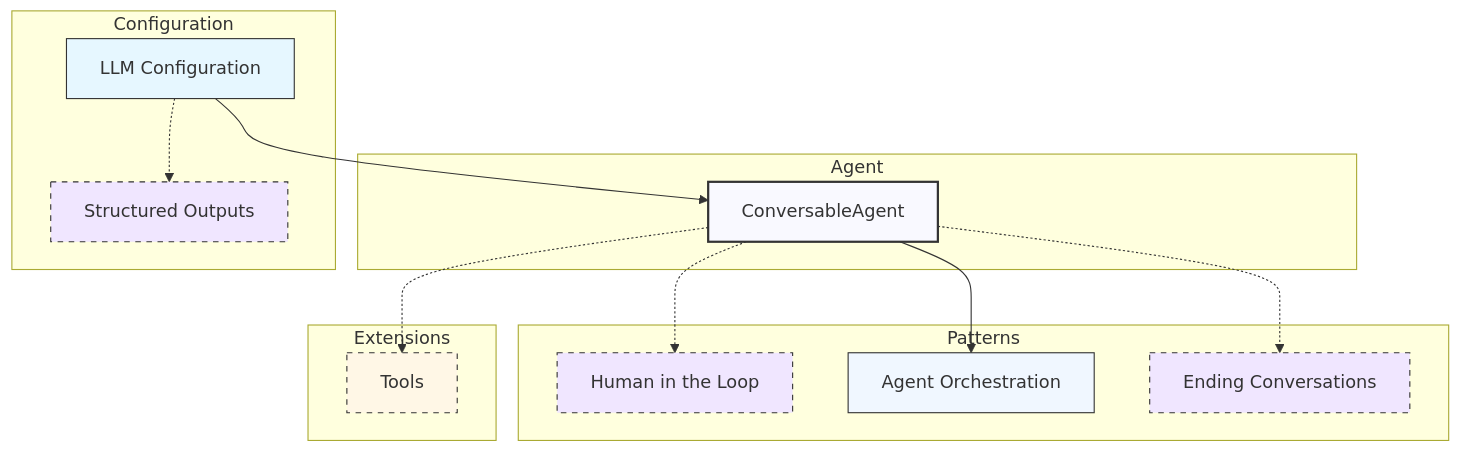
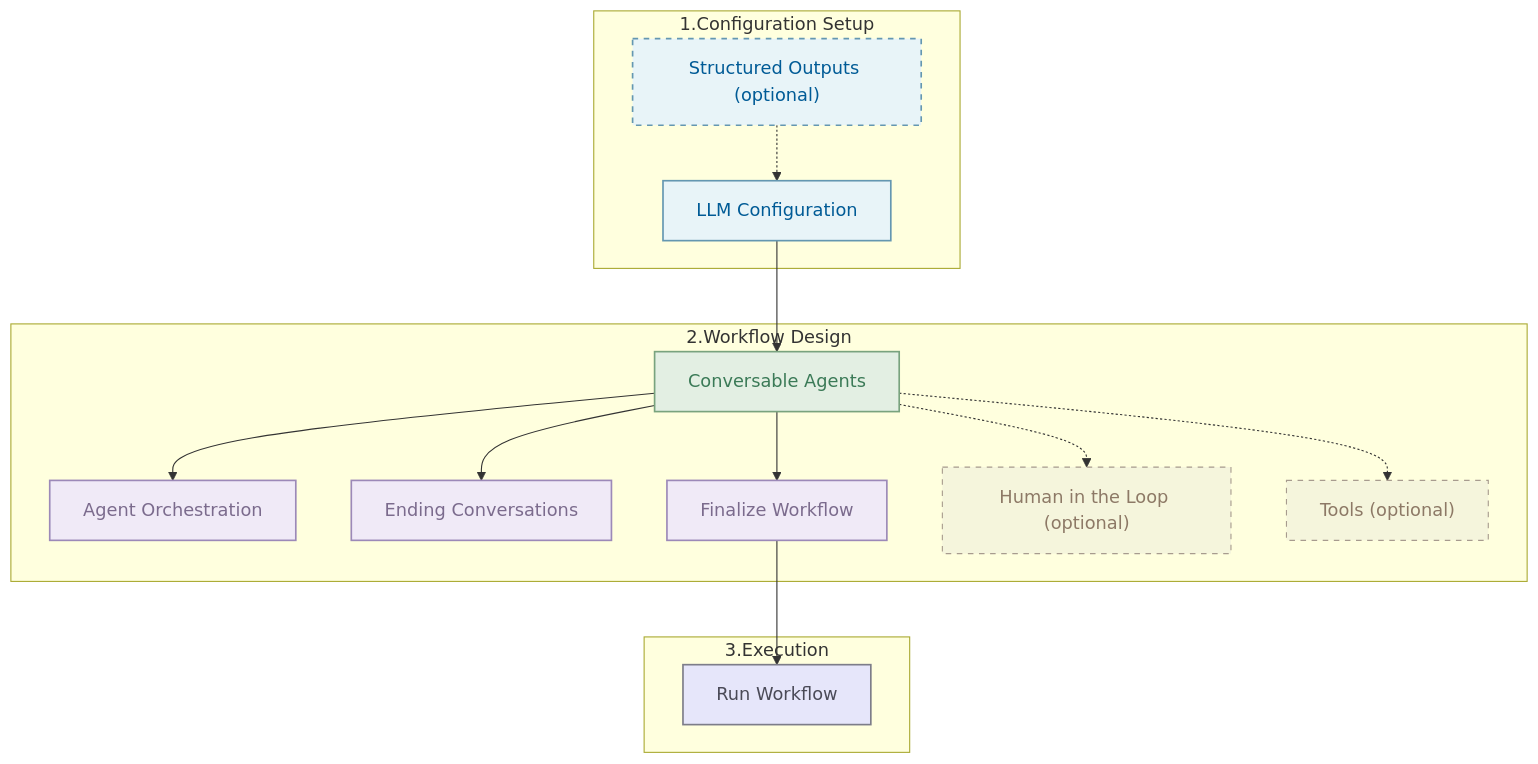
Before and after one commit to ag2ai/ag2: the diagram in website/docs/user-guide/basic-concepts/overview.mdx, drawn with Mermaid. The commit also changed other lines of this file and 4 other files, not shown here.

````diff
--- a/website/docs/user-guide/basic-concepts/overview.mdx
+++ b/website/docs/user-guide/basic-concepts/overview.mdx
@@ -106,40 +116,49 @@
 ``` mermaid
 flowchart TD
-    classDef agent fill:#f9f9ff,stroke:#333,stroke-width:2px
-    classDef config fill:#e6f7ff,stroke:#333,stroke-width:1px
-    classDef patterns fill:#f0f7ff,stroke:#333,stroke-width:1px
-    classDef extensions fill:#fff7e6,stroke:#333,stroke-width:1px
-    classDef optional fill:#f0e6ff,stroke:#333,stroke-width:1px,stroke-dasharray: 5 5
-
-    B[LLM Configuration] --> A[ConversableAgent]
-    A -.-> C[Human in the Loop]
-    A --> D[Agent Orchestration]
-    A -.-> E[Tools]
-    B -.-> F[Structured Outputs]
-    A -.-> G[Ending Conversations]
-
-    subgraph Agent
-        A
+    %% Configuration Section
+    subgraph config_grp["1.Configuration Setup"]
+        LLM["LLM Configuration"]
+        Outputs["Structured Outputs (optional)"]
     end
 
-    subgraph Configuration
-        B
-        F
+    %% Workflow Design Section
+    subgraph workflow_grp["2.Workflow Design"]
+        Agent["Conversable Agents"]
+        Orchestration["Agent Orchestration"]
+        EndConv["Ending Conversations"]
+        Finalize["Finalize Workflow"]
+        Human["Human in the Loop (optional)"]
+        Tools["Tools (optional)"]
+
+        LLM --> Agent
+        Outputs -.-> LLM
+
+        Agent --> Orchestration
+        Agent --> EndConv
+        Agent --> Finalize
+        Agent -.-> Human
+        Agent -.-> Tools
     end
 
-    subgraph Patterns
-        D
-        C
-        G
+    %% Execution Section
+    subgraph execution_grp["3.Execution"]
+        Run["Run Workflow"]
     end
 
-    subgraph Extensions
-        E
-    end
+    %% Flow Connections
+    Finalize --> Run
 
-    class A agent
-    class B config
-    class C,E,F,G optional
-    class D patterns
-    class E extensions
+    %% Applying styles directly with style statements
+    style LLM fill:#E8F4F8,stroke:#6497B1,stroke-width:1.5px,color:#005B96
+    style Outputs fill:#E8F4F8,stroke:#6497B1,stroke-width:1.5px,color:#005B96,stroke-dasharray:5 5
+
+    style Agent fill:#E3EFE3,stroke:#79A37E,stroke-width:1.5px,color:#3B7A57
+    style Orchestration fill:#F0EAF7,stroke:#9C89B8,stroke-width:1.5px,color:#7B6B8D
+    style EndConv fill:#F0EAF7,stroke:#9C89B8,stroke-width:1.5px,color:#7B6B8D
+    style Finalize fill:#F0EAF7,stroke:#9C89B8,stroke-width:1.5px,color:#7B6B8D
+
+    style Human fill:#F5F5DC,stroke:#A79B8E,stroke-width:1px,color:#8D7966,stroke-dasharray:5 5
+    style Tools fill:#F5F5DC,stroke:#A79B8E,stroke-width:1px,color:#8D7966,stroke-dasharray:5 5
+
+    style Run fill:#E6E6FA,stroke:#7D7D89,stroke-width:1.5px,color:#4A4A57
 ```
````
